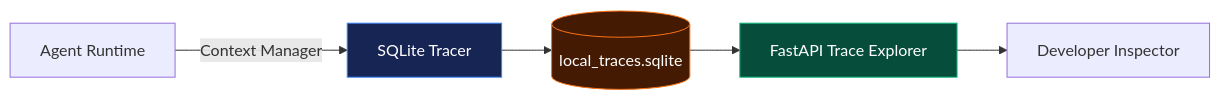
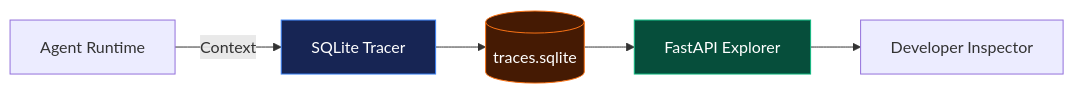
The second of 2 diagrams in tech/agentic-ai/slides/_11-observability.qmd (tvseshagiri/kaameekru), drawn with Mermaid before and after one commit. The commit also changed other lines of this file and 4 other files, not shown here.

````diff
--- a/tech/agentic-ai/slides/_11-observability.qmd
+++ b/tech/agentic-ai/slides/_11-observability.qmd
@@ -129,10 +223,10 @@
 ```{mermaid}
 graph LR
-    Agent[Agent Runtime] -->|Context Manager| Tracer[SQLite Tracer]
-    Tracer --> DB[(local_traces.sqlite)]
-    DB --> API[FastAPI Trace Explorer]
+    Agent[Agent Runtime] -->|Context| Tracer[SQLite Tracer]
+    Tracer --> DB[(traces.sqlite)]
+    DB --> API[FastAPI Explorer]
     API --> UI[Developer Inspector]
     style Tracer fill:#172554,stroke:#3b82f6,color:#fff
     style DB fill:#451a03,stroke:#f97316,color:#fff
     style API fill:#064e3b,stroke:#10b981,color:#fff
 ```
````
